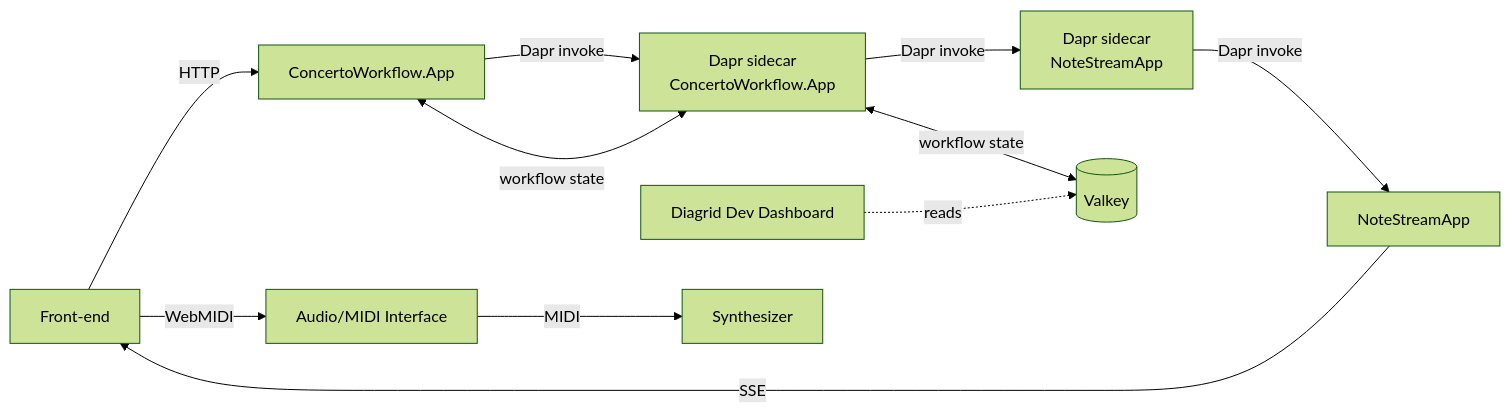
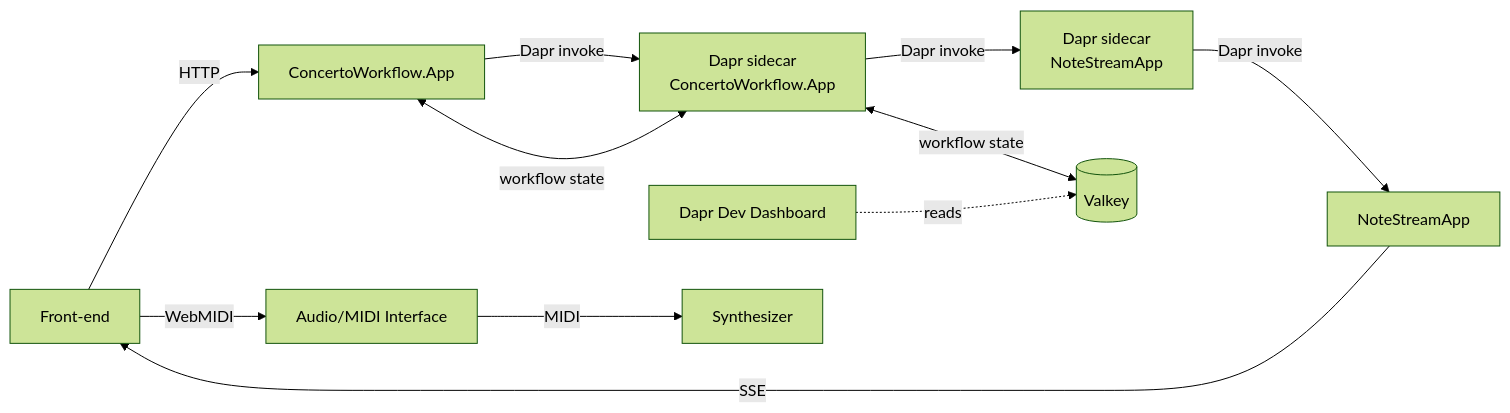
The diagram in README.md (diagrid-labs/dapr-workflow-concerto), drawn with Mermaid (forest theme) before and after one commit. The commit also changed other lines of this file and 4 other files, not shown here.

````diff
--- a/README.md
+++ b/README.md
@@ -7,15 +7,15 @@
 ```mermaid
 flowchart LR
     FE[Front-end] --HTTP--> CWA[ConcertoWorkflow.App]
     CWA --Dapr invoke--> DAPR_CWA[Dapr sidecar
     ConcertoWorkflow.App]
     DAPR_CWA --Dapr invoke--> DAPR_NSA[Dapr sidecar
     NoteStreamApp]
     DAPR_NSA --Dapr invoke--> NSA[NoteStreamApp]
     NSA --SSE--> FE
     CWA <--workflow state--> DAPR_CWA
     DAPR_CWA <--workflow state--> VK[(Valkey)]
-    DD[Diagrid Dev Dashboard] -.reads.-> VK
+    DD[Dapr Dev Dashboard] -.reads.-> VK
     FE --WebMIDI--> HI[Audio/MIDI Interface]
     HI --MIDI--> HS[Synthesizer]
 ```
````
